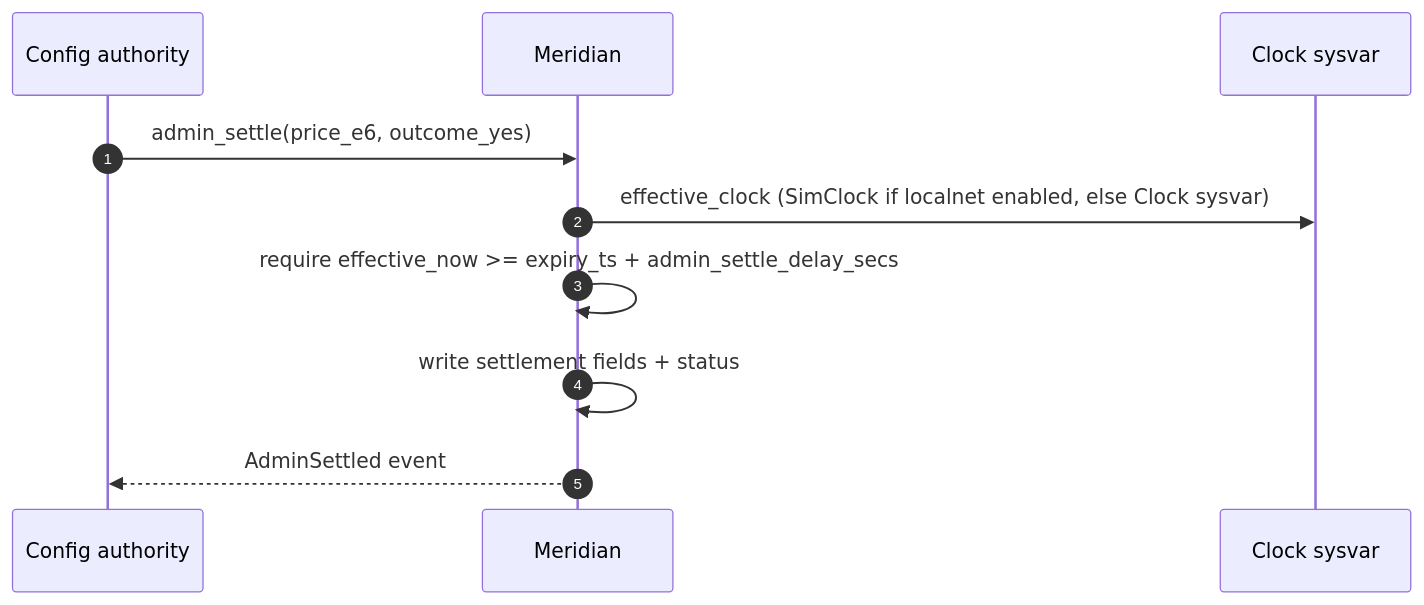
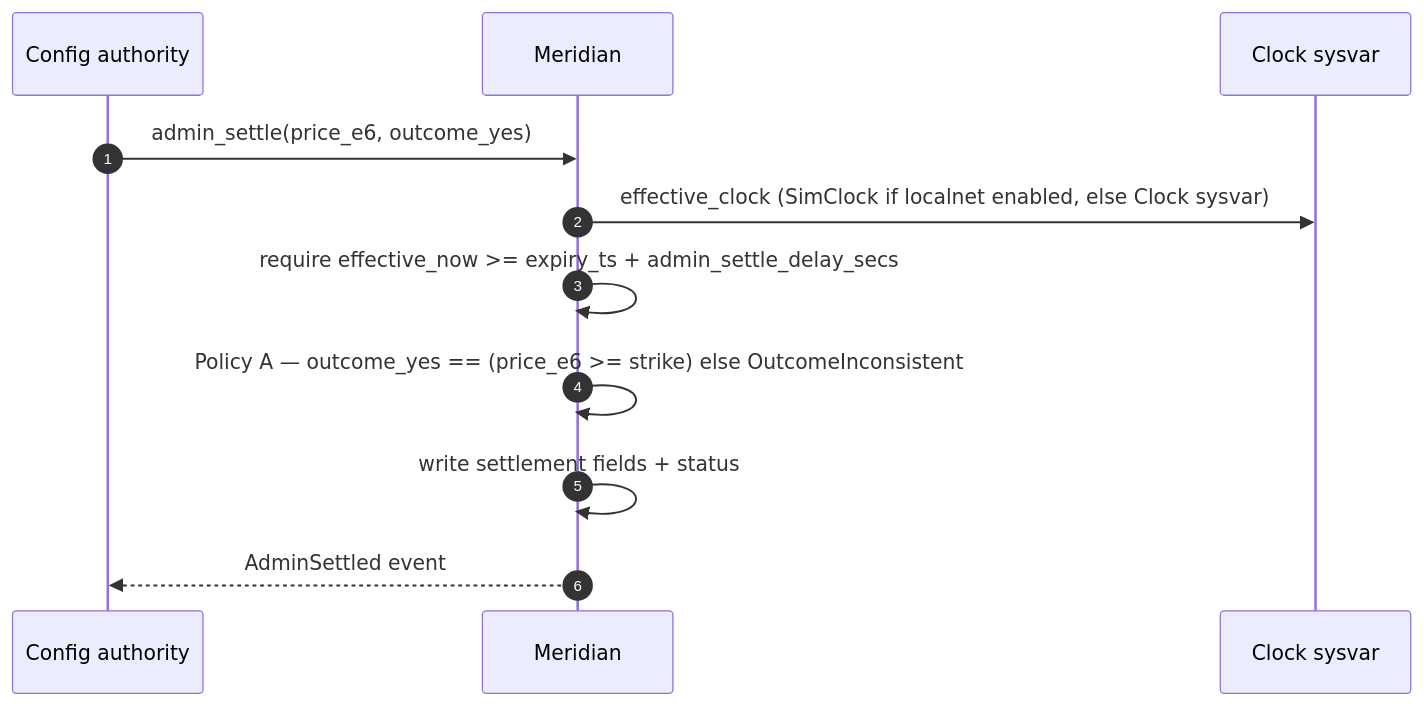
Before and after one commit to debudash/meridian-binMAG7-predictionmkt: the seventh of 11 diagrams in docs/flows.md, drawn with Mermaid. The commit also changed other lines of this file and 6 other files, not shown here.

First line of the commit message:
docs(schema): D-018 merge_pair for Sell No + Settling retire + admin Policy A

````diff
--- a/docs/flows.md
+++ b/docs/flows.md
@@ -132,13 +204,14 @@
 ```mermaid
 sequenceDiagram
     autonumber
     participant Auth as Config authority
     participant Mer as Meridian
     participant Clock as Clock sysvar
 
     Auth->>Mer: admin_settle(price_e6, outcome_yes)
     Mer->>Clock: effective_clock (SimClock if localnet enabled, else Clock sysvar)
     Mer->>Mer: require effective_now >= expiry_ts + admin_settle_delay_secs
+    Mer->>Mer: Policy A — outcome_yes == (price_e6 >= strike) else OutcomeInconsistent
     Mer->>Mer: write settlement fields + status
     Mer-->>Auth: AdminSettled event
 ```
````
